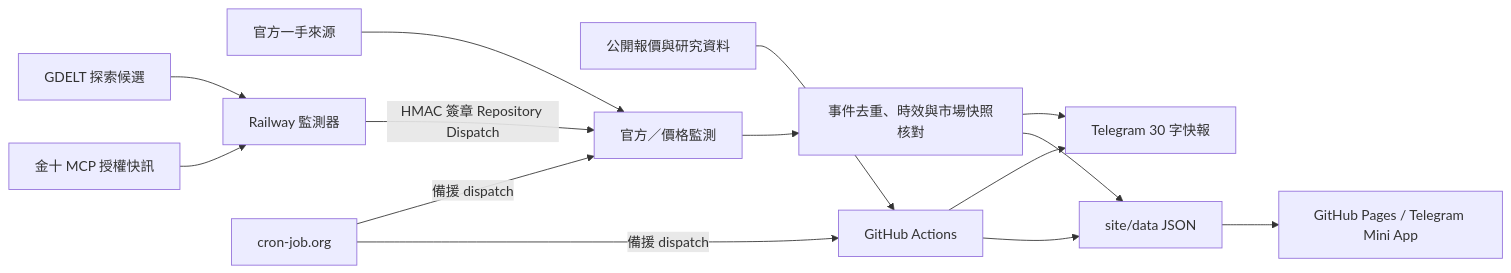
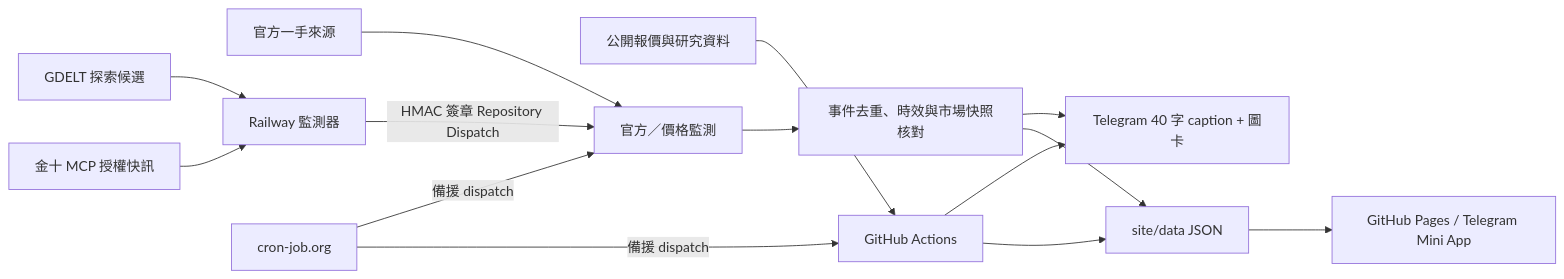
One commit to hanjhou2000716/prstklab-stk-detector changed the diagram in README.md. Above: the diagram before and after it, drawn with Mermaid. The commit also changed other lines of this file and 92 other files, not shown here.

````diff
--- a/README.md
+++ b/README.md
@@ -42,16 +42,16 @@
 ```mermaid
 flowchart LR
   A[公開報價與研究資料] --> B[GitHub Actions]
   C[官方一手來源] --> D[官方／價格監測]
   E[金十 MCP 授權快訊] --> F[Railway 監測器]
   G[GDELT 探索候選] --> F
   F -->|HMAC 簽章 Repository Dispatch| D
   D --> H[事件去重、時效與市場快照核對]
   B --> I[site/data JSON]
   H --> I
   I --> J[GitHub Pages / Telegram Mini App]
-  H --> K[Telegram 30 字快報]
+  H --> K[Telegram 40 字 caption + 圖卡]
   B --> K
   L[cron-job.org] -->|備援 dispatch| B
   L -->|備援 dispatch| D
 ```
````
